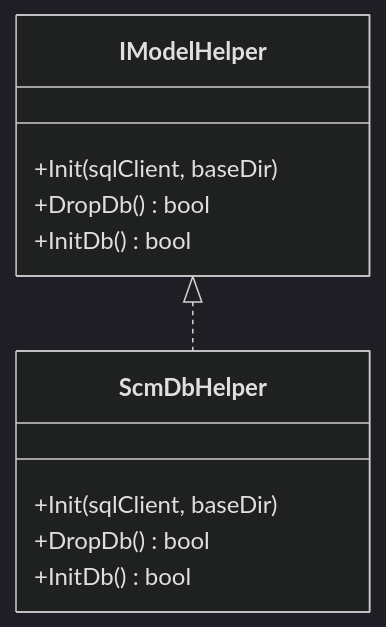
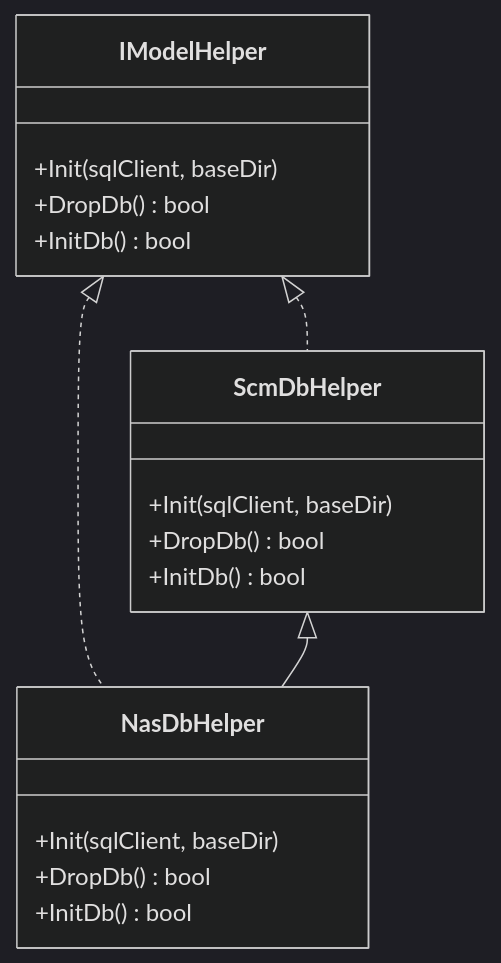
Before and after one commit to leadiot/Scm.Net: the second of 8 diagrams in .qoder/repowiki/zh/content/数据访问层/数据访问层.md, drawn with Mermaid (dark theme). The commit also changed other lines of this file and 10 other files, not shown here.

````diff
--- a/.qoder/repowiki/zh/content/数据访问层/数据访问层.md
+++ b/.qoder/repowiki/zh/content/数据访问层/数据访问层.md
@@ -104,14 +118,21 @@
 ```mermaid
 classDiagram
 class IModelHelper {
 +Init(sqlClient, baseDir)
 +DropDb() bool
 +InitDb() bool
 }
 class ScmDbHelper {
 +Init(sqlClient, baseDir)
 +DropDb() bool
 +InitDb() bool
 }
+class NasDbHelper {
++Init(sqlClient, baseDir)
++DropDb() bool
++InitDb() bool
+}
 IModelHelper <|.. ScmDbHelper
+IModelHelper <|.. NasDbHelper
+ScmDbHelper <|-- NasDbHelper
 ```
````
